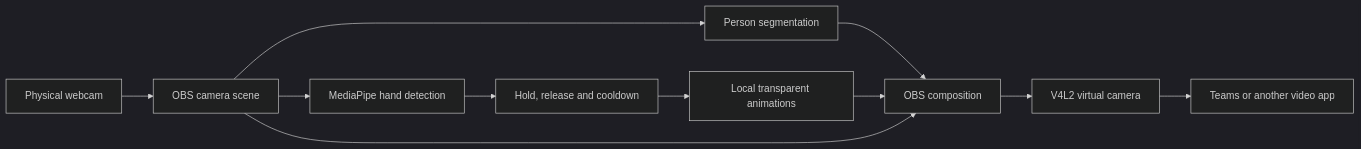
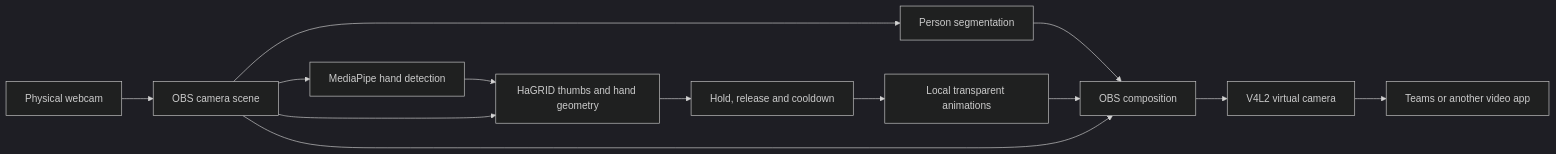
The diagram in README.md (jeffreyrijnsburger/handspark), drawn with Mermaid (dark theme) before and after one commit. The commit also changed other lines of this file and 22 other files, not shown here.

````diff
--- a/README.md
+++ b/README.md
@@ -233,13 +234,15 @@
 ```mermaid
 flowchart LR
   Camera[Physical webcam] --> OBS[OBS camera scene]
   OBS --> Hands[MediaPipe hand detection]
-  Hands --> Gate[Hold, release and cooldown]
+  Hands --> Recognition[HaGRID thumbs and hand geometry]
+  OBS --> Recognition
+  Recognition --> Gate[Hold, release and cooldown]
   Gate --> Effects[Local transparent animations]
   OBS --> Mask[Person segmentation]
   Mask --> Composite[OBS composition]
   Effects --> Composite
   OBS --> Composite
   Composite --> Virtual[V4L2 virtual camera]
   Virtual --> Teams[Teams or another video app]
 ```
````
